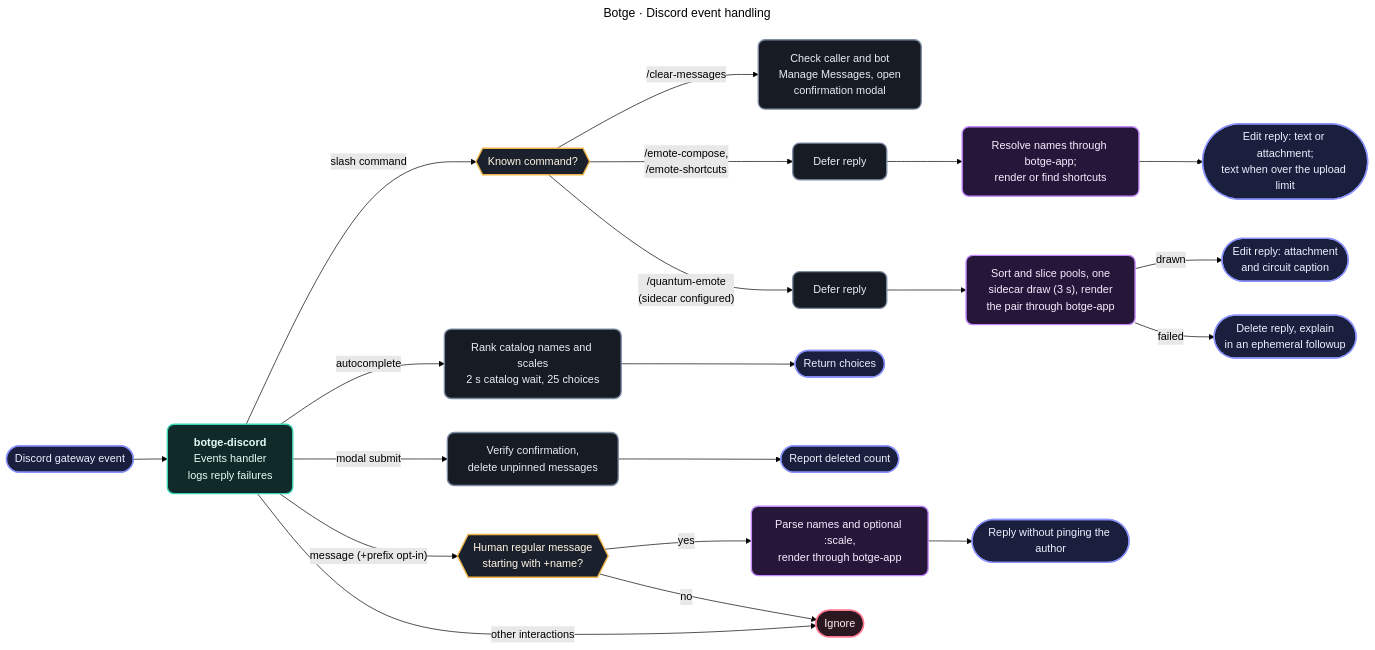
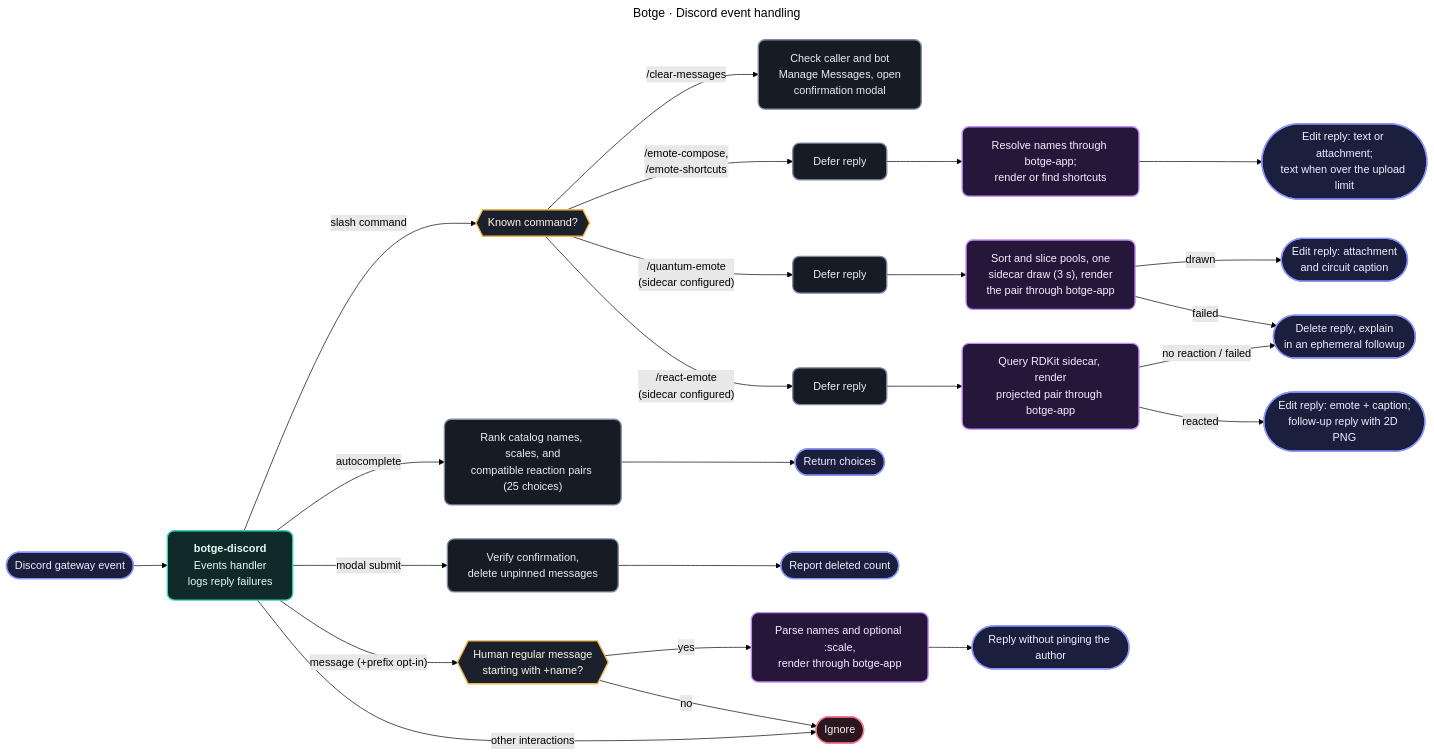
Before and after one commit to MrewyOrg/Botge: the diagram in docs/diagrams/discord-interactions.mmd, drawn with Mermaid (forest theme). The commit also changed 14 other files, not shown here.

Commit message:
docs(chemistry): update README, guides, and architecture diagrams

```diff
--- a/docs/diagrams/discord-interactions.mmd
+++ b/docs/diagrams/discord-interactions.mmd
@@ -1,41 +1,45 @@
 ---
 title: Botge · Discord event handling
 ---
 flowchart LR
     event(["Discord gateway event"]) --> handler["<b>botge-discord</b><br/>Events handler<br/>logs reply failures"]
 
     handler -->|slash command| known{{"Known command?"}}
     known -->|"/clear-messages"| openModal["Check caller and bot<br/>Manage Messages, open<br/>confirmation modal"]
     known -->|"/emote-compose,<br/>/emote-shortcuts"| defer["Defer reply"]
     defer --> answer["Resolve names through botge-app;<br/>render or find shortcuts"]
     answer --> edit(["Edit reply: text or attachment;<br/>text when over the upload limit"])
     known -->|"/quantum-emote<br/>(sidecar configured)"| deferQuantum["Defer reply"]
     deferQuantum --> sample["Sort and slice pools, one<br/>sidecar draw (3 s), render<br/>the pair through botge-app"]
     sample -->|drawn| caption(["Edit reply: attachment<br/>and circuit caption"])
     sample -->|failed| ephemeral(["Delete reply, explain<br/>in an ephemeral followup"])
+    known -->|"/react-emote<br/>(sidecar configured)"| deferChem["Defer reply"]
+    deferChem --> react["Query RDKit sidecar, render<br/>projected pair through botge-app"]
+    react -->|reacted| chemReply(["Edit reply: emote + caption;<br/>follow-up reply with 2D PNG"])
+    react -->|no reaction / failed| ephemeral
 
-    handler -->|autocomplete| choices["Rank catalog names and scales<br/>2 s catalog wait, 25 choices"]
+    handler -->|autocomplete| choices["Rank catalog names, scales, and<br/>compatible reaction pairs (25 choices)"]
     choices --> respond(["Return choices"])
 
     handler -->|modal submit| confirm["Verify confirmation,<br/>delete unpinned messages"]
     confirm --> report(["Report deleted count"])
 
     handler -->|"message (+prefix opt-in)"| filter{{"Human regular message<br/>starting with +name?"}}
     filter -->|yes| prefix["Parse names and optional :scale,<br/>render through botge-app"]
     prefix --> replyMsg(["Reply without pinging the author"])
     filter -->|no| ignore(["Ignore"])
 
     handler -->|other interactions| ignore
 
     classDef entry fill:#1a1f3d,stroke:#8b93ff,color:#eef0ff,stroke-width:2px,rx:10,ry:10
     classDef core fill:#0f2a28,stroke:#3dd6b5,color:#e6fbf6,stroke-width:2px,rx:10,ry:10
     classDef media fill:#26173a,stroke:#c38bff,color:#f6eeff,stroke-width:2px,rx:10,ry:10
     classDef base fill:#161b24,stroke:#7d8ba3,color:#e9edf4,stroke-width:2px,rx:10,ry:10
     classDef gate fill:#1b212c,stroke:#f0b54a,color:#fff5e3,stroke-width:2px,rx:10,ry:10
     classDef deny fill:#2a1720,stroke:#ff7a90,color:#ffeef1,stroke-width:2px,rx:10,ry:10
-    class event,edit,respond,report,replyMsg,caption,ephemeral entry
+    class event,edit,respond,report,replyMsg,caption,chemReply,ephemeral entry
     class handler core
     class known,filter gate
-    class defer,deferQuantum,openModal,confirm,choices base
-    class answer,prefix,sample media
+    class defer,deferQuantum,deferChem,openModal,confirm,choices base
+    class answer,prefix,sample,react media
     class ignore deny
```
